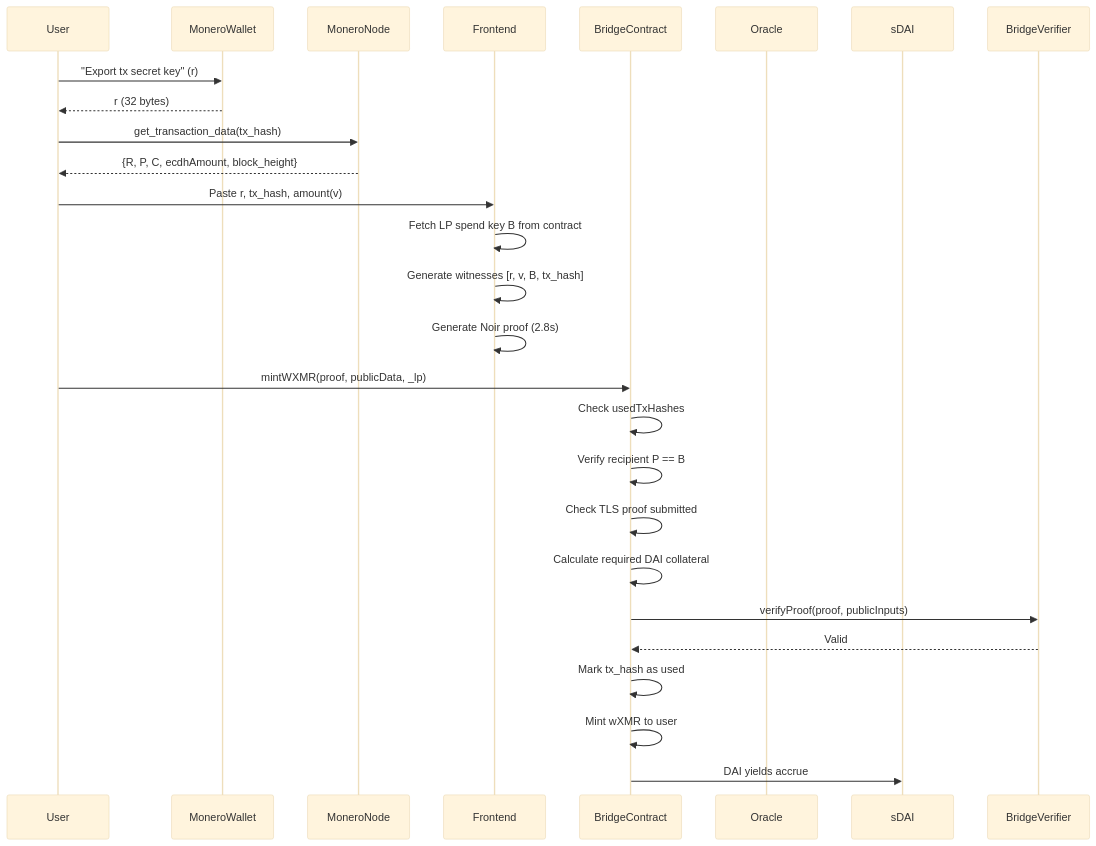
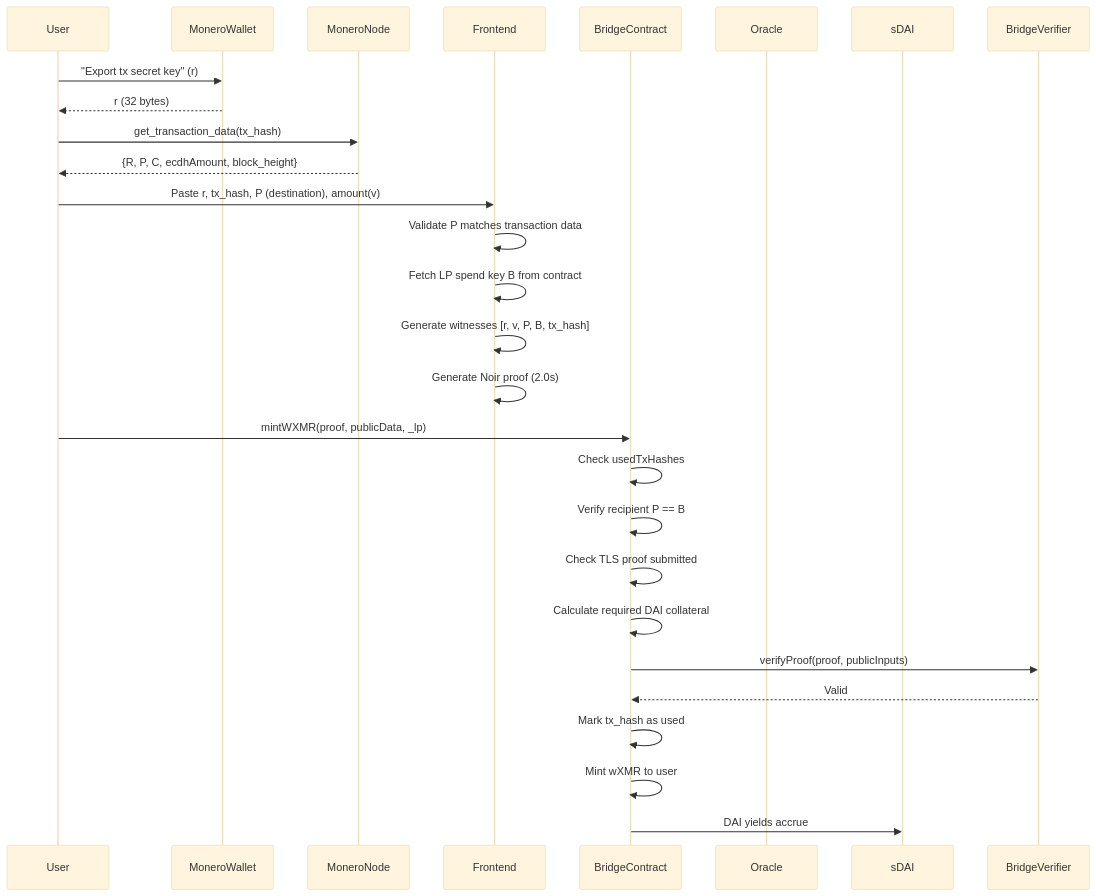
The diagram in SYNTHWRAP.md (madschristensen99/fungerbil), drawn with Mermaid (base theme) before and after one commit. The commit also changed other lines of this file, not shown here.

First line of the commit message:
v5.3 removing stealth address derivation and validating destination address directly.

````diff
--- a/SYNTHWRAP.md
+++ b/SYNTHWRAP.md
@@ -848,30 +847,31 @@
 ```mermaid
 sequenceDiagram
     participant User
     participant MoneroWallet
     participant MoneroNode
     participant Frontend
     participant BridgeContract
     participant Oracle
     participant sDAI
 
     User->>MoneroWallet: "Export tx secret key" (r)
     MoneroWallet-->>User: r (32 bytes)
     User->>MoneroNode: get_transaction_data(tx_hash)
     MoneroNode-->>User: {R, P, C, ecdhAmount, block_height}
-    User->>Frontend: Paste r, tx_hash, amount(v)
+    User->>Frontend: Paste r, tx_hash, P (destination), amount(v)
+    Frontend->>Frontend: Validate P matches transaction data
     Frontend->>Frontend: Fetch LP spend key B from contract
-    Frontend->>Frontend: Generate witnesses [r, v, B, tx_hash]
-    Frontend->>Frontend: Generate Noir proof (2.8s)
+    Frontend->>Frontend: Generate witnesses [r, v, P, B, tx_hash]
+    Frontend->>Frontend: Generate Noir proof (2.0s)
     
     User->>BridgeContract: mintWXMR(proof, publicData, _lp)
     BridgeContract->>BridgeContract: Check usedTxHashes
     BridgeContract->>BridgeContract: Verify recipient P == B
     BridgeContract->>BridgeContract: Check TLS proof submitted
     BridgeContract->>BridgeContract: Calculate required DAI collateral
     BridgeContract->>BridgeVerifier: verifyProof(proof, publicInputs)
     BridgeVerifier-->>BridgeContract: Valid
     BridgeContract->>BridgeContract: Mark tx_hash as used
     BridgeContract->>BridgeContract: Mint wXMR to user
     BridgeContract->>sDAI: DAI yields accrue
 ```
````
